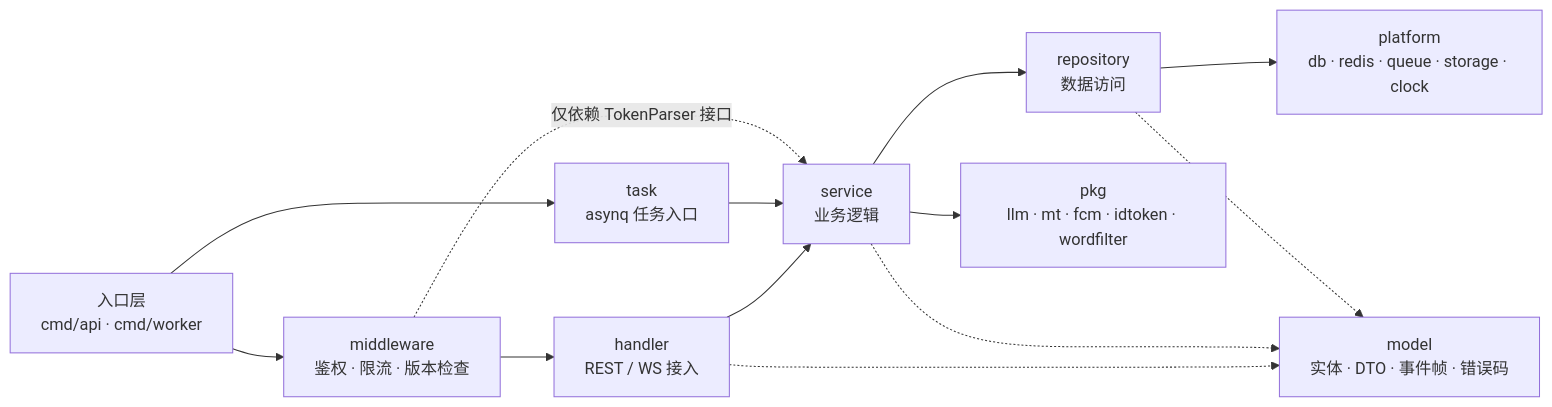
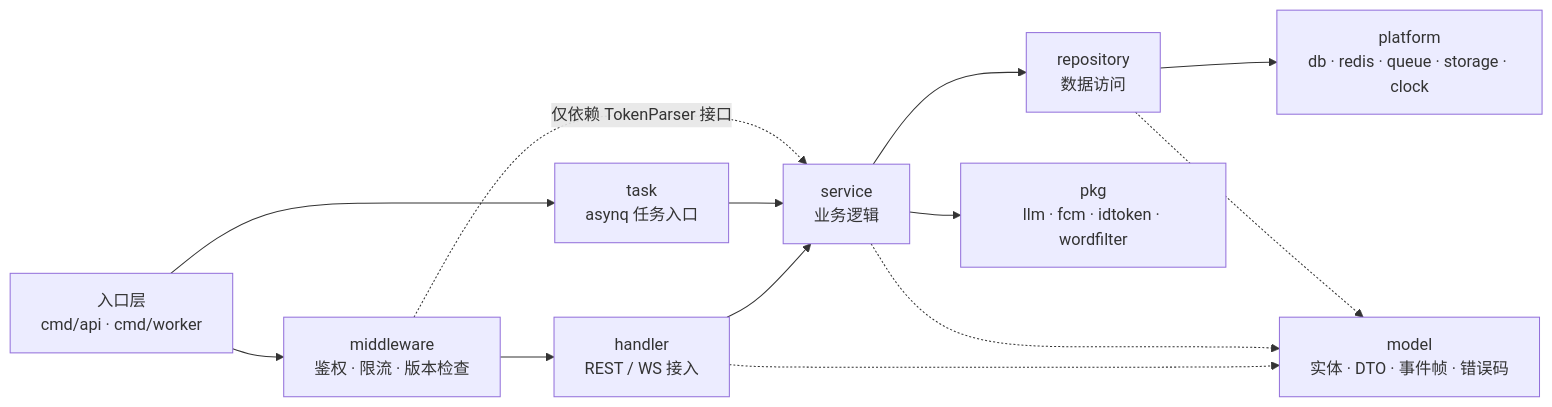
One commit to jinheng0301/PetBridge_frontend changed the second of 5 diagrams in 后端技术设计文档（TRD）：PetBridge.md. Above: the diagram before and after it, drawn with Mermaid. The commit also changed other lines of this file and 1 other file, not shown here.

````diff
--- a/后端技术设计文档（TRD）：PetBridge.md
+++ b/后端技术设计文档（TRD）：PetBridge.md
@@ -175,21 +174,21 @@
 ```mermaid
 flowchart LR
     Entry["入口层\ncmd/api · cmd/worker"]
     MW["middleware\n鉴权 · 限流 · 版本检查"]
     H["handler\nREST / WS 接入"]
     T["task\nasynq 任务入口"]
     S["service\n业务逻辑"]
     R["repository\n数据访问"]
     P["platform\ndb · redis · queue · storage · clock"]
     M["model\n实体 · DTO · 事件帧 · 错误码"]
-    PK["pkg\nllm · mt · fcm · idtoken · wordfilter"]
+    PK["pkg\nllm · fcm · idtoken · wordfilter"]
 
     Entry --> MW --> H --> S
     Entry --> T --> S
     S --> R --> P
     S --> PK
     MW -.->|"仅依赖 TokenParser 接口"| S
     H -.-> M
     S -.-> M
     R -.-> M
 ```
````
